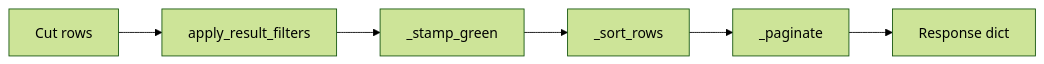
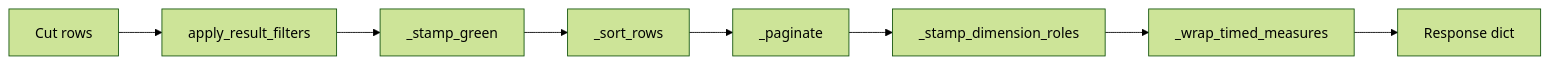
One commit to vinayakmore4599/KPI changed diagram 11 of 16 in kpi-system-architecture.md. Above: the diagram before and after it, drawn with Mermaid (forest theme). The commit also changed other lines of this file and 24 other files, not shown here.

Commit message:
Keep grain values on rows, attach period labels to timed measures, and honor calendar year parts without breaking fiscal quarters.

````diff
--- a/kpi-system-architecture.md
+++ b/kpi-system-architecture.md
@@ -378,8 +378,10 @@
 ```mermaid
 flowchart LR
   ROWS["Cut rows"] --> RF["apply_result_filters"]
   RF --> GR["_stamp_green"]
   GR --> SORT["_sort_rows"]
   SORT --> PAGE["_paginate"]
-  PAGE --> JSON["Response dict"]
+  PAGE --> DIM["_stamp_dimension_roles"]
+  DIM --> WRAP["_wrap_timed_measures"]
+  WRAP --> JSON["Response dict"]
 ```
````
